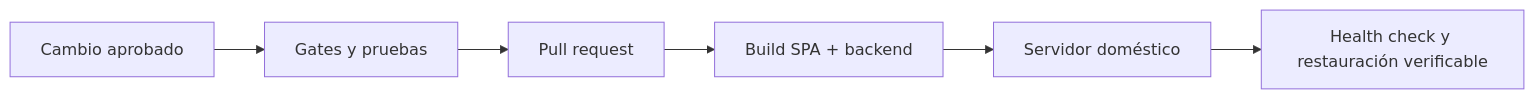
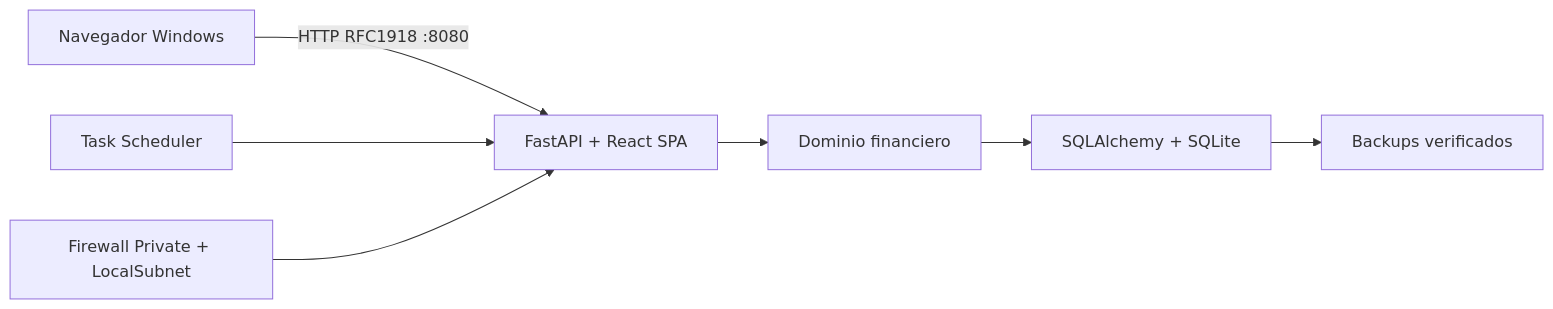
Before and after one commit to daniabe98/personalFinance-public: the second of 2 diagrams in .ai-engineering/solution-intent.md, drawn with Mermaid. The commit also changed other lines of this file and 42 other files, not shown here.

First line of the commit message:
feat: deploy Personal Finance natively on Windows (#2)

````diff
--- a/.ai-engineering/solution-intent.md
+++ b/.ai-engineering/solution-intent.md
@@ -147,8 +60,9 @@
 ```mermaid
 flowchart LR
-    DEV["Cambio aprobado"] --> GATE["Gates y pruebas"]
-    GATE --> PR["Pull request"]
-    PR --> BUILD["Build SPA + backend"]
-    BUILD --> DEPLOY["Servidor doméstico"]
-    DEPLOY --> CHECK["Health check y restauración verificable"]
+    W["Navegador Windows"] -->|"HTTP RFC1918 :8080"| APP["FastAPI + React SPA"]
+    APP --> DOM["Dominio financiero"]
+    DOM --> SQL["SQLAlchemy + SQLite"]
+    SQL --> BK["Backups verificados"]
+    TASK["Task Scheduler"] --> APP
+    FW["Firewall Private + LocalSubnet"] --> APP
 ```
````
